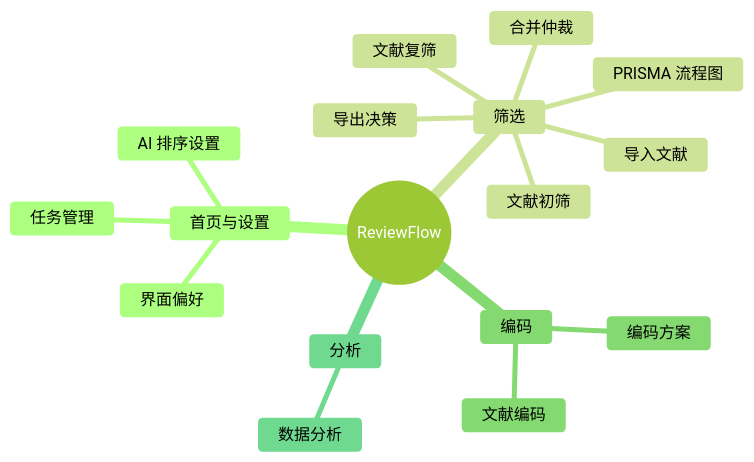
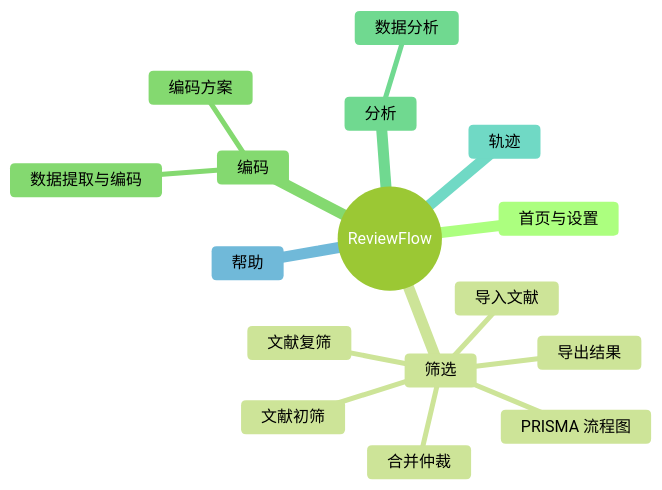
One commit to RUCbookshelf/mubi-reviewflow changed the first of 2 diagrams in custom_frontend/NAVIGATION_MAP.md. Above: the diagram before and after it, drawn with Mermaid (forest theme). The commit also changed other lines of this file and 92 other files, not shown here.

First line of the commit message:
feat(r10): 60 approved UX items + import-flow 12 decisions + A7 benchmark publication

````diff
--- a/custom_frontend/NAVIGATION_MAP.md
+++ b/custom_frontend/NAVIGATION_MAP.md
@@ -7,20 +7,19 @@
 ```mermaid
 mindmap
   root((ReviewFlow))
     首页与设置
-      任务管理
-      界面偏好
-      AI 排序设置
     筛选
       导入文献
       文献初筛
       文献复筛
       合并仲裁
-      导出决策
+      导出结果
       PRISMA 流程图
     编码
       编码方案
-      文献编码
+      数据提取与编码
     分析
       数据分析
+    轨迹
+    帮助
 ```
````
